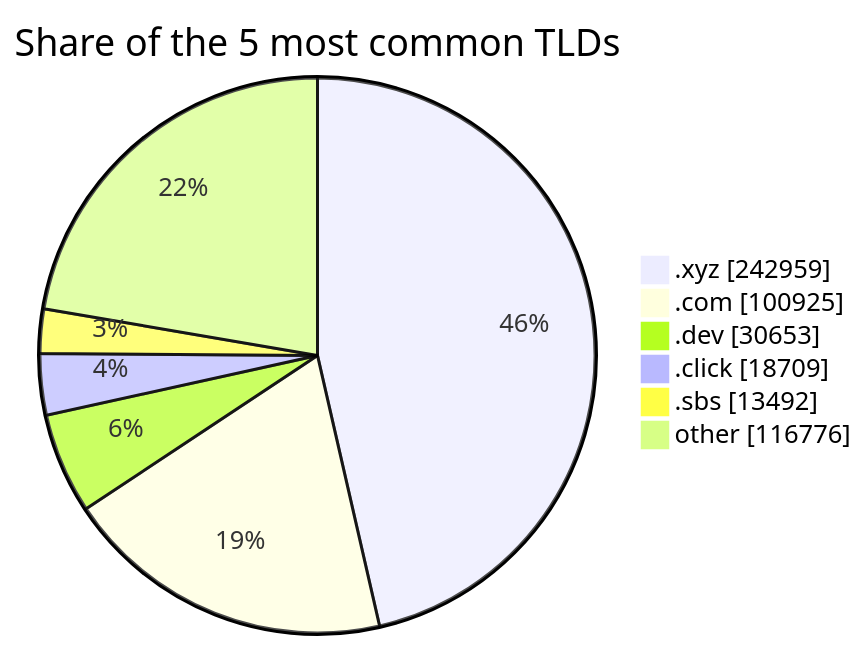
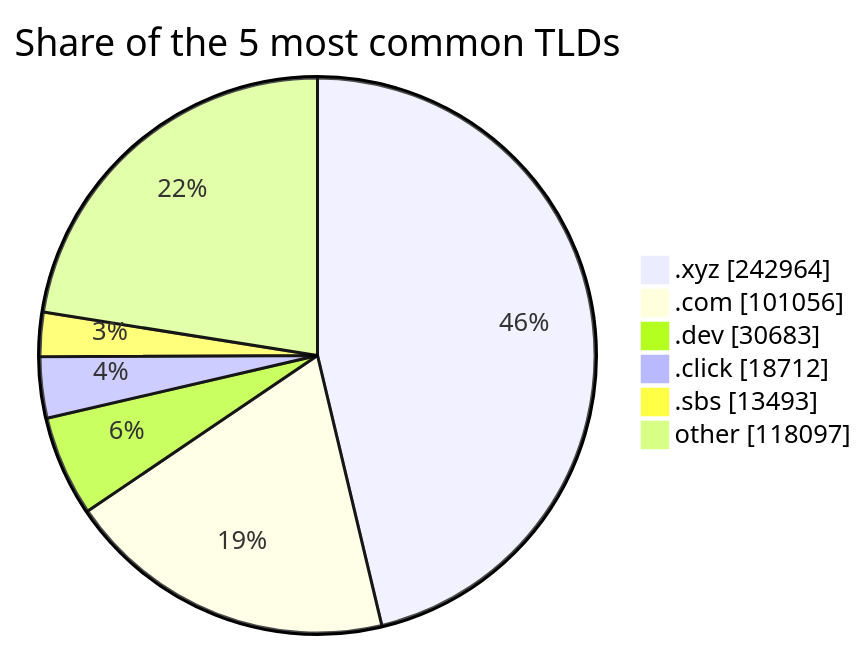
Before and after one commit to DNSBunker/CTI: the third of 3 diagrams in README.md, drawn with Mermaid. The commit also changed other lines of this file and 3 other files, not shown here.

````diff
--- a/README.md
+++ b/README.md
@@ -81,9 +81,9 @@
 ```mermaid
 pie showData title Share of the 5 most common TLDs
-    ".xyz" : 242959
-    ".com" : 100925
-    ".dev" : 30653
-    ".click" : 18709
-    ".sbs" : 13492
-    "other" : 116776
+    ".xyz" : 242964
+    ".com" : 101056
+    ".dev" : 30683
+    ".click" : 18712
+    ".sbs" : 13493
+    "other" : 118097
 ```
````
